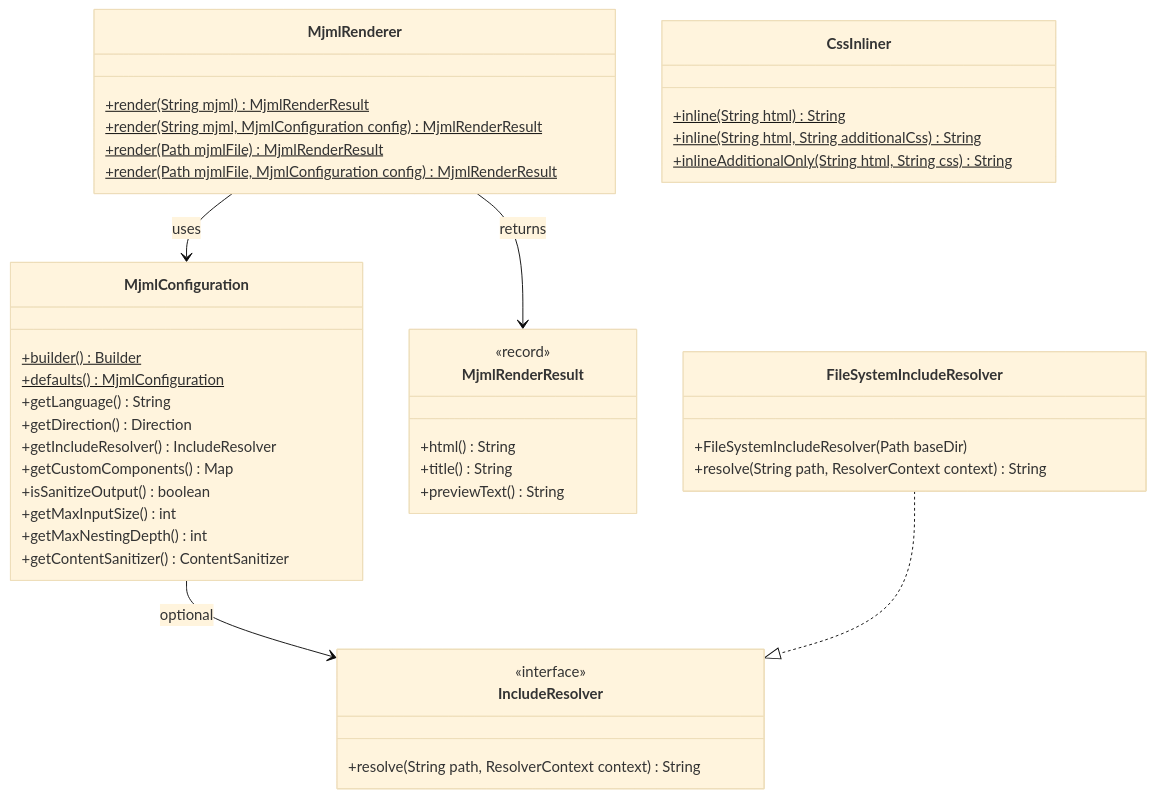
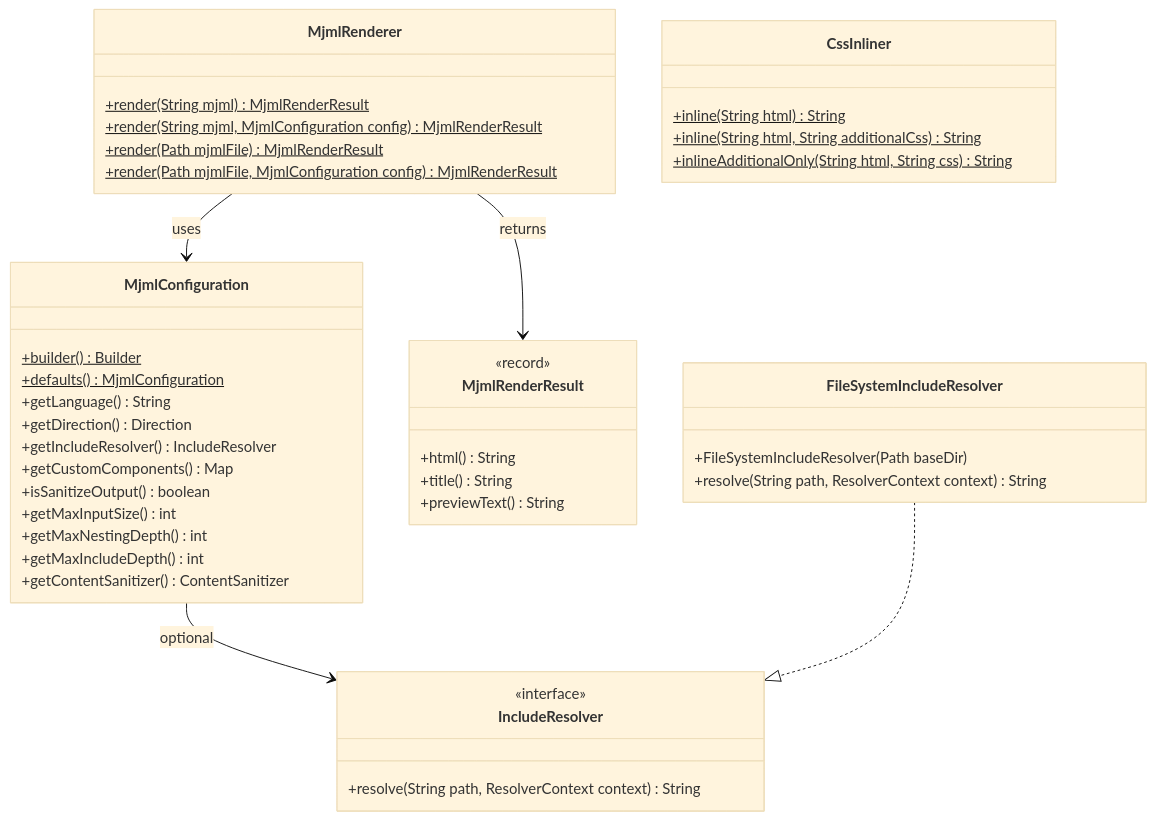
The first of 2 diagrams in docs/docs/api-reference/index.md (jcputney/mjml-java), drawn with Mermaid (base theme) before and after one commit. The commit also changed other lines of this file and 18 other files, not shown here.

````diff
--- a/docs/docs/api-reference/index.md
+++ b/docs/docs/api-reference/index.md
@@ -24,50 +24,51 @@
 ```mermaid
 classDiagram
     class MjmlRenderer {
         +render(String mjml)$ MjmlRenderResult
         +render(String mjml, MjmlConfiguration config)$ MjmlRenderResult
         +render(Path mjmlFile)$ MjmlRenderResult
         +render(Path mjmlFile, MjmlConfiguration config)$ MjmlRenderResult
     }
 
     class MjmlConfiguration {
         +builder()$ Builder
         +defaults()$ MjmlConfiguration
         +getLanguage() String
         +getDirection() Direction
         +getIncludeResolver() IncludeResolver
         +getCustomComponents() Map
         +isSanitizeOutput() boolean
         +getMaxInputSize() int
         +getMaxNestingDepth() int
+        +getMaxIncludeDepth() int
         +getContentSanitizer() ContentSanitizer
     }
 
     class MjmlRenderResult {
         <<record>>
         +html() String
         +title() String
         +previewText() String
     }
 
     class IncludeResolver {
         <<interface>>
         +resolve(String path, ResolverContext context) String
     }
 
     class FileSystemIncludeResolver {
         +FileSystemIncludeResolver(Path baseDir)
         +resolve(String path, ResolverContext context) String
     }
 
     class CssInliner {
         +inline(String html)$ String
         +inline(String html, String additionalCss)$ String
         +inlineAdditionalOnly(String html, String css)$ String
     }
 
     MjmlRenderer --> MjmlConfiguration : uses
     MjmlRenderer --> MjmlRenderResult : returns
     MjmlConfiguration --> IncludeResolver : optional
     FileSystemIncludeResolver ..|> IncludeResolver
 ```
````
